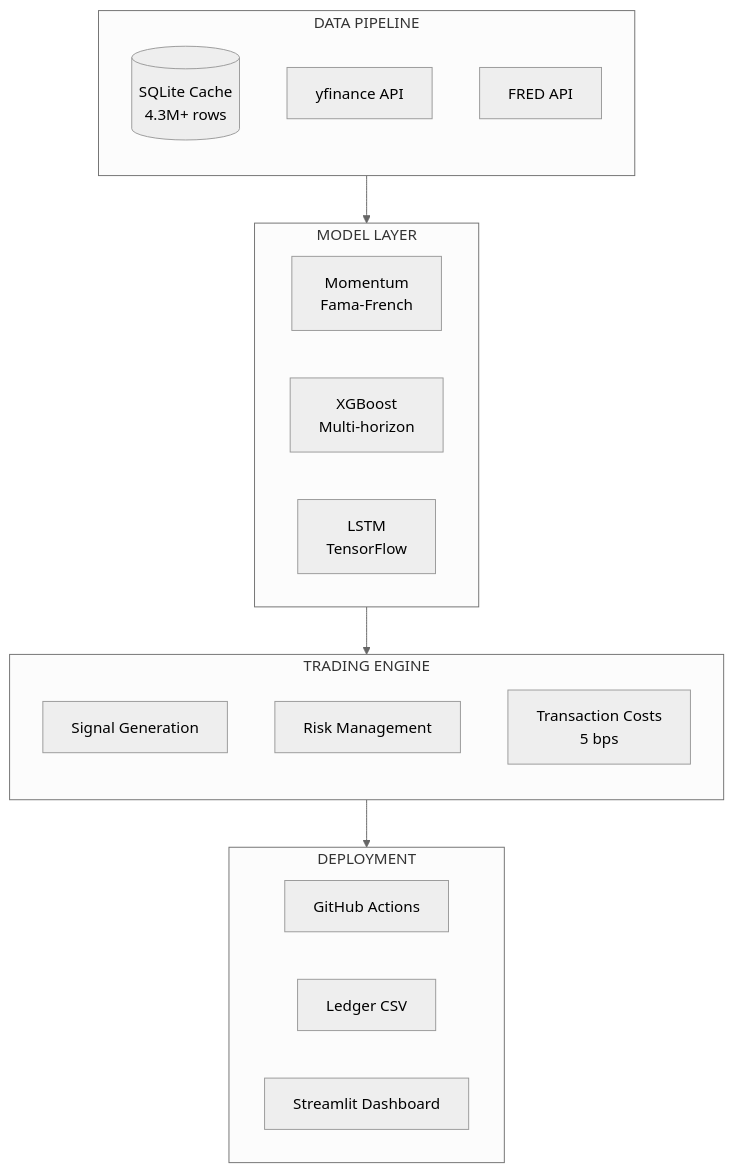
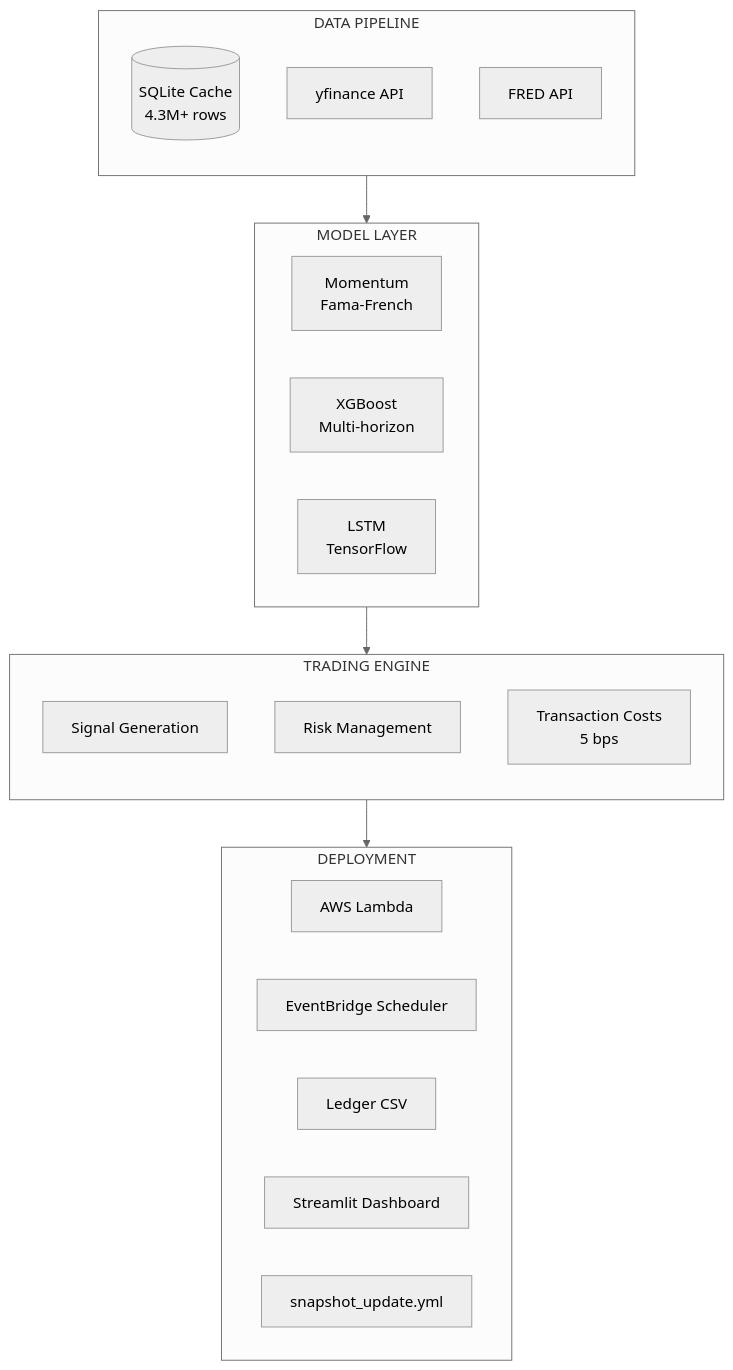
One commit to PAT0216/paper-trader changed the diagram in docs/MANUAL.md. Above: the diagram before and after it, drawn with Mermaid (neutral theme). The commit also changed other lines of this file and 2 other files, not shown here.

````diff
--- a/docs/MANUAL.md
+++ b/docs/MANUAL.md
@@ -28,33 +28,35 @@
 ```mermaid
 flowchart TB
     subgraph DATA["DATA PIPELINE"]
         direction TB
         A1[("SQLite Cache<br/>4.3M+ rows")]
         A2["yfinance API"]
         A3["FRED API"]
     end
 
     subgraph MODELS["MODEL LAYER"]
         direction LR
         C1["Momentum<br/>Fama-French"]
         C2["XGBoost<br/>Multi-horizon"]
         C3["LSTM<br/>TensorFlow"]
     end
 
     subgraph TRADING["TRADING ENGINE"]
         direction TB
         D1["Signal Generation"]
         D2["Risk Management"]
         D3["Transaction Costs<br/>5 bps"]
     end
 
     subgraph DEPLOY["DEPLOYMENT"]
-        E1["GitHub Actions"]
-        E2["Ledger CSV"]
-        E3["Streamlit Dashboard"]
+        E1["AWS Lambda"]
+        E2["EventBridge Scheduler"]
+        E3["Ledger CSV"]
+        E4["Streamlit Dashboard"]
+        E5["snapshot_update.yml"]
     end
 
     DATA --> MODELS
     MODELS --> TRADING
     TRADING --> DEPLOY
 ```
````
